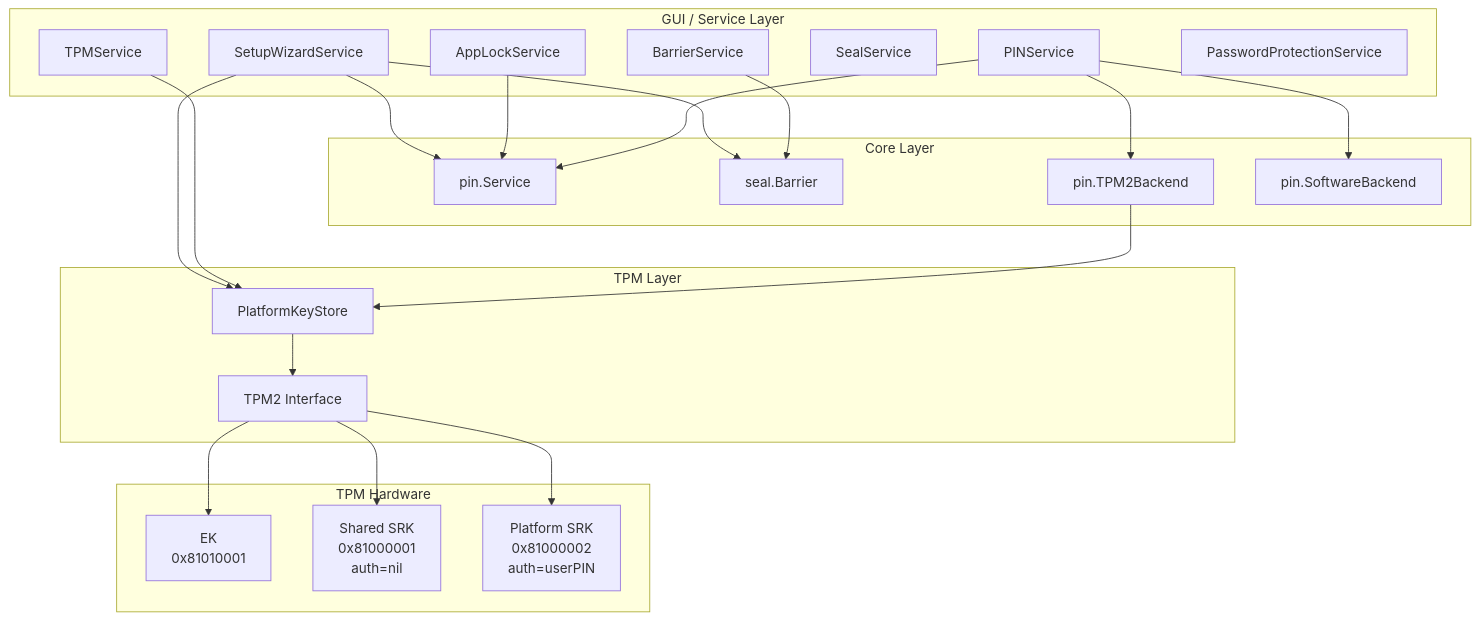
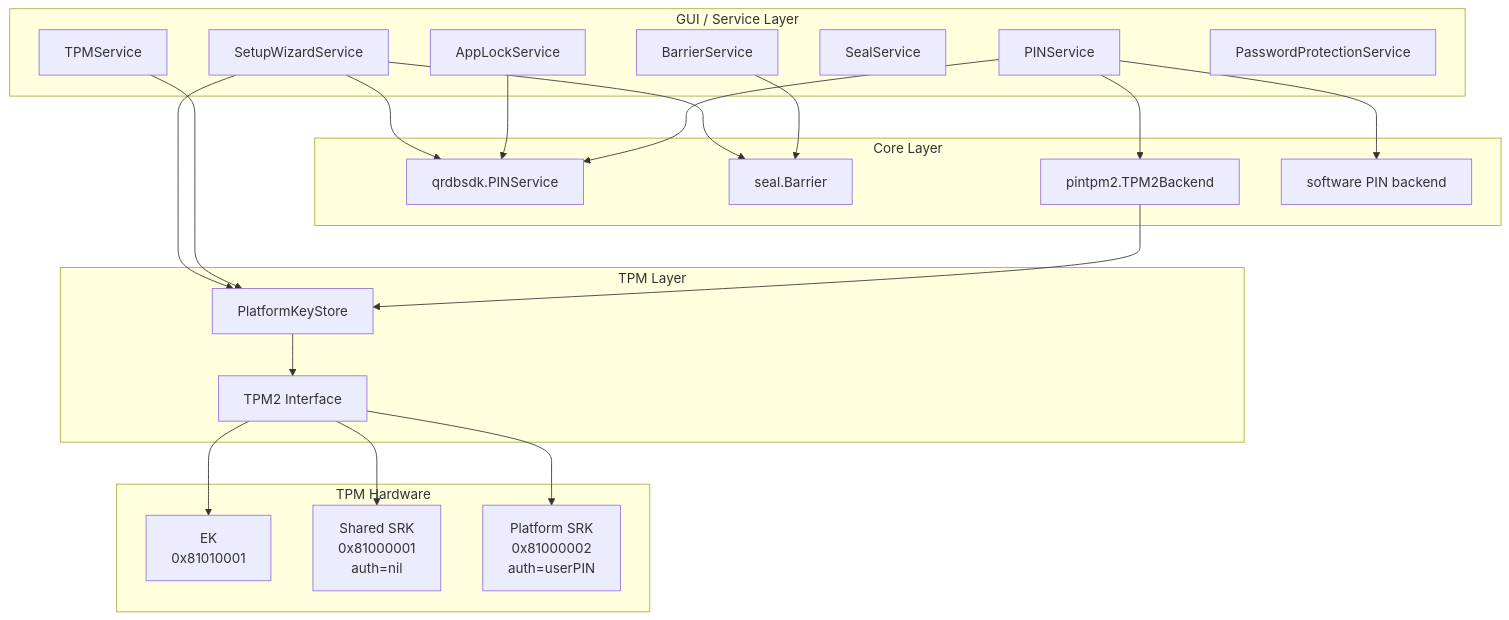
The fifth of 5 diagrams in xkey/docs/architecture/setup-and-unlock-flow.md (jeremyhahn/go-xkms), drawn with Mermaid before and after one commit. The commit also changed other lines of this file and 97 other files, not shown here.

````diff
--- a/xkey/docs/architecture/setup-and-unlock-flow.md
+++ b/xkey/docs/architecture/setup-and-unlock-flow.md
@@ -200,38 +203,38 @@
 ```mermaid
 flowchart TB
     subgraph GUI["GUI / Service Layer"]
         SWS[SetupWizardService]
         ALS[AppLockService]
         PSG[PINService]
         BS[BarrierService]
         SS[SealService]
         TS[TPMService]
         PPS[PasswordProtectionService]
     end
 
     subgraph CORE["Core Layer"]
-        PS[pin.Service]
+        PS[qrdbsdk.PINService]
         SB[seal.Barrier]
-        T2B[pin.TPM2Backend]
-        SWB[pin.SoftwareBackend]
+        T2B[pintpm2.TPM2Backend]
+        SWB[software PIN backend]
     end
 
     subgraph TPM["TPM Layer"]
         PKS[PlatformKeyStore]
         TPMI["TPM2 Interface"]
     end
 
     subgraph HW["TPM Hardware"]
         EK["EK\n0x81010001"]
         SSRK["Shared SRK\n0x81000001\nauth=nil"]
         PSRK["Platform SRK\n0x81000002\nauth=userPIN"]
     end
 
     SWS & ALS & PSG --> PS
     SWS & BS --> SB
     SWS & TS --> PKS
     PSG --> T2B & SWB
     T2B --> PKS
     PKS --> TPMI
     TPMI --> EK & SSRK & PSRK
 ```
````
